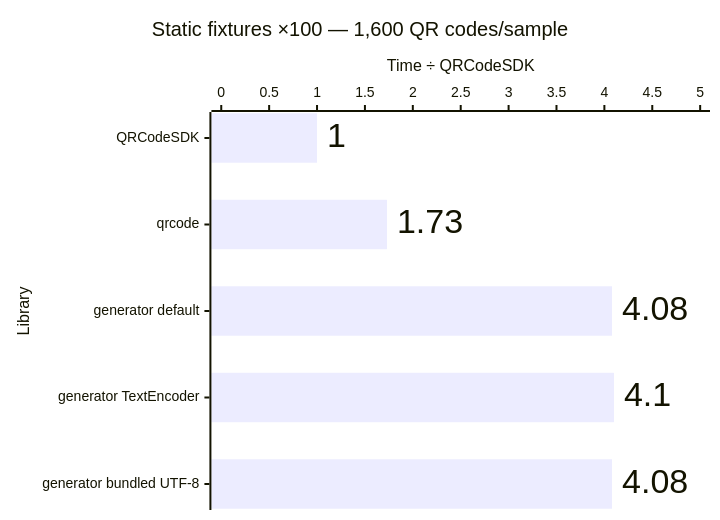
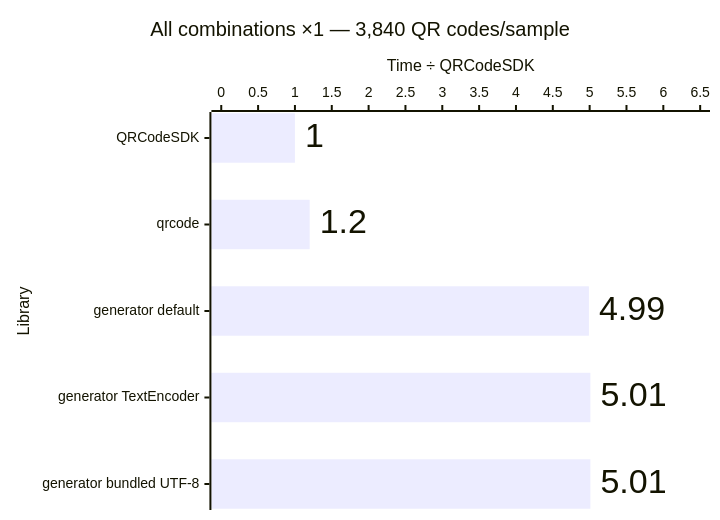
The fourth of 11 diagrams in apps/docs/src/content/docs/learn/performance.md (Dafnik/qrcodesdk), drawn with Mermaid before and after one commit. The commit also changed other lines of this file and 23 other files, not shown here.

````diff
--- a/apps/docs/src/content/docs/learn/performance.md
+++ b/apps/docs/src/content/docs/learn/performance.md
@@ -74,15 +74,15 @@
 ```mermaid
 ---
 config:
   xyChart:
     showDataLabel: true
     showDataLabelOutsideBar: true
 ---
 xychart horizontal
-  accTitle: Matrix generation: Static fixtures ×100 — 1,600 QR codes/sample
-  accDescr: Relative median time compared with QRCodeSDK. QRCodeSDK 1.00 times, qrcode 1.73 times, generator default 4.08 times, generator TextEncoder 4.10 times, generator bundled UTF-8 4.08 times. Lower is better.
-  title "Static fixtures ×100 — 1,600 QR codes/sample"
+  accTitle: Matrix generation: All combinations ×1 — 3,840 QR codes/sample
+  accDescr: Relative median time compared with QRCodeSDK. QRCodeSDK 1.00 times, qrcode 1.20 times, generator default 4.99 times, generator TextEncoder 5.01 times, generator bundled UTF-8 5.01 times. Lower is better.
+  title "All combinations ×1 — 3,840 QR codes/sample"
   x-axis "Library" ["QRCodeSDK", "qrcode", "generator default", "generator TextEncoder", "generator bundled UTF-8"]
-  y-axis "Time ÷ QRCodeSDK" 0 --> 5.0
-  bar [1.00, 1.73, 4.08, 4.10, 4.08]
+  y-axis "Time ÷ QRCodeSDK" 0 --> 6.5
+  bar [1.00, 1.20, 4.99, 5.01, 5.01]
 ```
````
